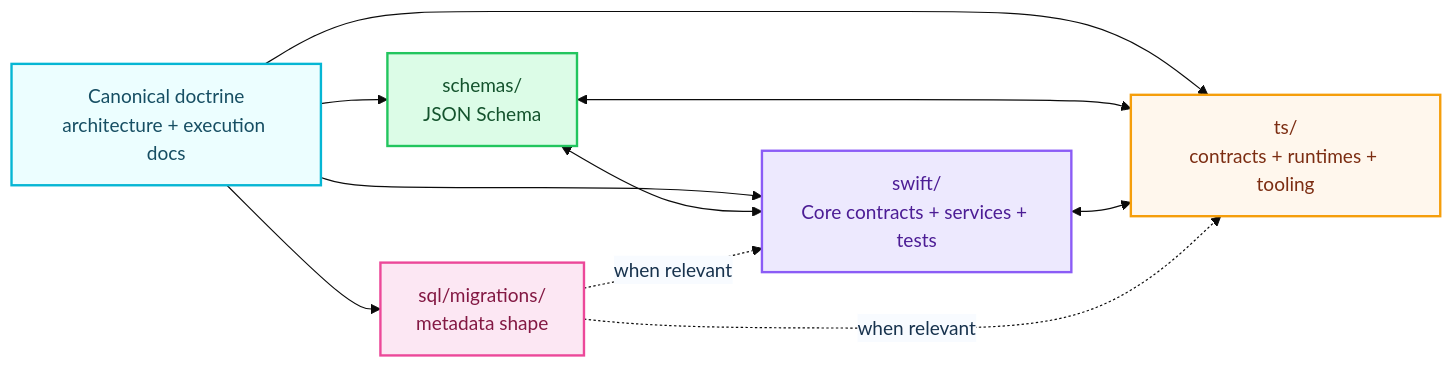
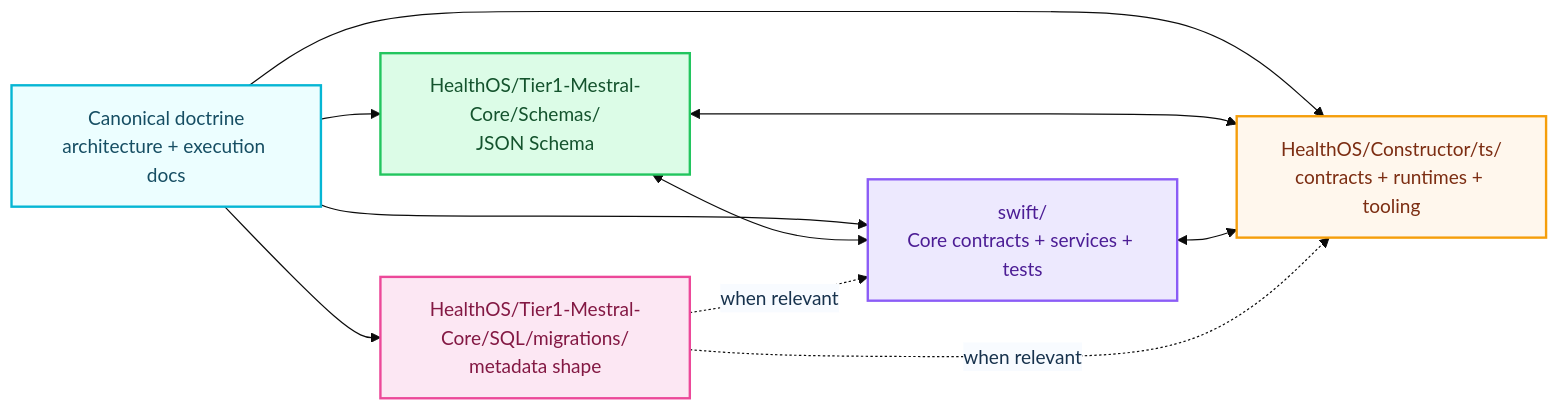
One commit to myselfgus/HealthOScaffold changed the seventh of 12 diagrams in README.md. Above: the diagram before and after it, drawn with Mermaid. The commit also changed other lines of this file and 797 other files, not shown here.

````diff
--- a/README.md
+++ b/README.md
@@ -550,22 +550,22 @@
 ```mermaid
 %%{init: {'theme': 'base', 'themeVariables': {'primaryColor': '#f8fbff', 'primaryBorderColor': '#cadcf0', 'primaryTextColor': '#17324d', 'clusterBkg': '#ffffff', 'clusterBorder': '#dbeafe', 'titleColor': '#0f172a', 'edgeLabelBackground': '#f8fbff', 'fontFamily': 'ui-rounded, -apple-system, BlinkMacSystemFont, sans-serif'}}}%%
 flowchart LR
     classDef source fill:#ecfeff,stroke:#06b6d4,stroke-width:2px,color:#164e63
     classDef schema fill:#dcfce7,stroke:#22c55e,stroke-width:2px,color:#14532d
     classDef swift  fill:#ede9fe,stroke:#8b5cf6,stroke-width:2px,color:#4c1d95
     classDef ts     fill:#fff7ed,stroke:#f59e0b,stroke-width:2px,color:#7c2d12
     classDef sql    fill:#fce7f3,stroke:#ec4899,stroke-width:2px,color:#831843
 
     C[Canonical doctrine\narchitecture + execution docs]:::source
-    J[schemas/\nJSON Schema]:::schema
+    J[HealthOS/Tier1-Mestral-Core/Schemas/\nJSON Schema]:::schema
     SW[swift/\nCore contracts + services + tests]:::swift
-    TS[ts/\ncontracts + runtimes + tooling]:::ts
-    SQL[sql/migrations/\nmetadata shape]:::sql
+    TS[HealthOS/Constructor/ts/\ncontracts + runtimes + tooling]:::ts
+    SQL[HealthOS/Tier1-Mestral-Core/SQL/migrations/\nmetadata shape]:::sql
 
     C --> J & SW & TS & SQL
     J <--> SW
     J <--> TS
     SW <--> TS
     SQL -. when relevant .-> SW
     SQL -. when relevant .-> TS
 ```
````
